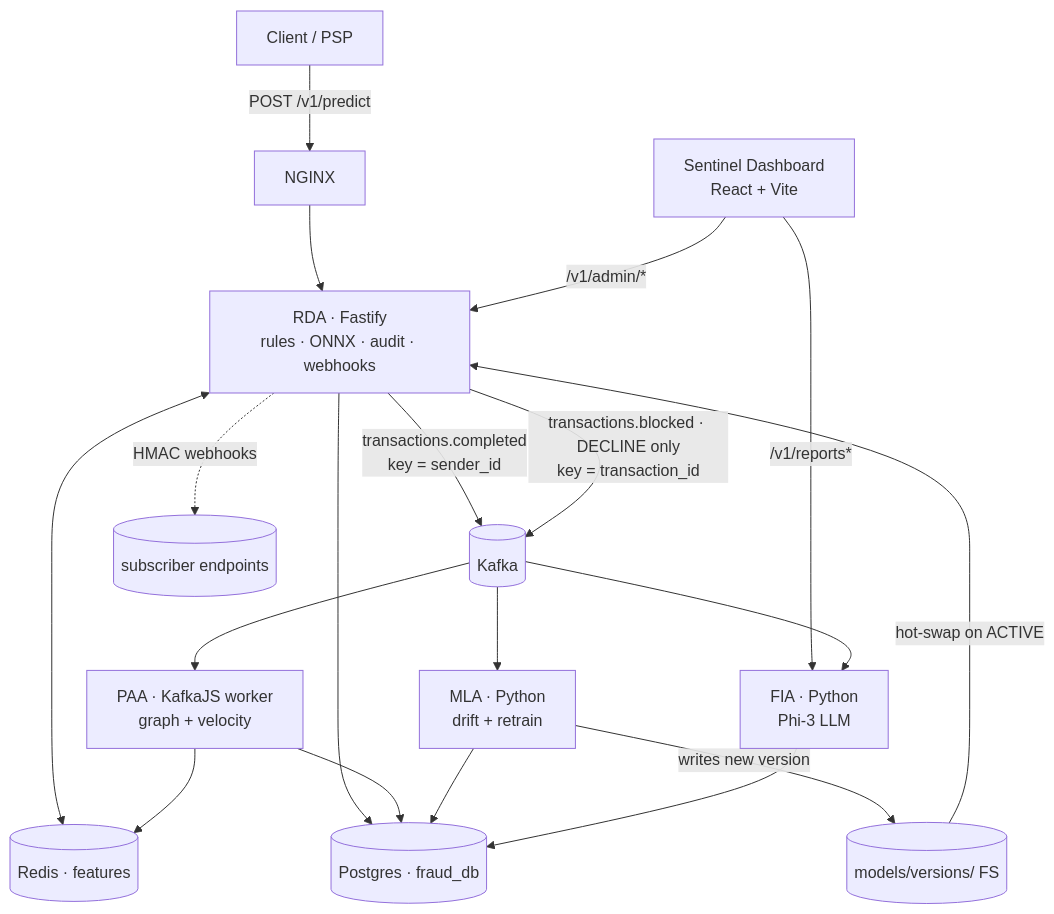
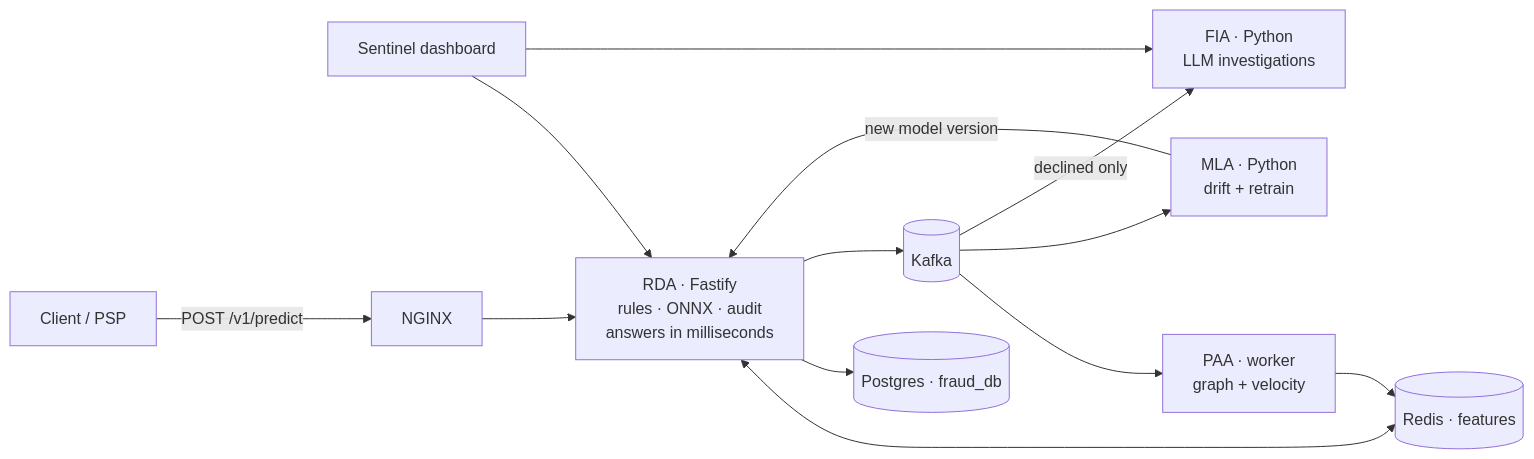
Before and after one commit to ojuri-io/ojuri: the diagram in README.md, drawn with Mermaid. The commit also changed other lines of this file and 2 other files, not shown here.

`````diff
--- a/README.md
+++ b/README.md
@@ -406,30 +46,24 @@
-````mermaid
-flowchart TB
+```mermaid
+flowchart LR
     Client[Client / PSP]
-    UI[Sentinel Dashboard<br/>React + Vite]
+    UI[Sentinel dashboard]
     NGINX[NGINX]
-    RDA[RDA · Fastify<br/>rules · ONNX · audit · webhooks]
-    PAA[PAA · KafkaJS worker<br/>graph + velocity]
+    RDA[RDA · Fastify<br/>rules · ONNX · audit<br/>answers in milliseconds]
+    PAA[PAA · worker<br/>graph + velocity]
     MLA[MLA · Python<br/>drift + retrain]
-    FIA[FIA · Python<br/>Phi-3 LLM]
+    FIA[FIA · Python<br/>LLM investigations]
     Kafka[(Kafka)]
+    Redis[(Redis · features)]
     PG[(Postgres · fraud_db)]
-    Redis[(Redis · features)]
-    Models[(models/versions/ FS)]
 
     Client -->|POST /v1/predict| NGINX --> RDA
-    UI -->|/v1/admin/*| RDA
-    UI -->|/v1/reports*| FIA
-    RDA -->|transactions.completed<br/>key = sender_id| Kafka
-    RDA -->|transactions.blocked · DECLINE only<br/>key = transaction_id| Kafka
+    UI --> RDA
+    UI --> FIA
     RDA <--> Redis
     RDA --> PG
+    RDA --> Kafka
     Kafka --> PAA --> Redis
-    PAA --> PG
     Kafka --> MLA
-    MLA --> PG
-    MLA -->|writes new version| Models
-    Models -->|hot-swap on ACTIVE| RDA
-    Kafka --> FIA --> PG
-    RDA -.HMAC webhooks.-> Subscribers[(subscriber endpoints)]
-````
+    Kafka -->|declined only| FIA
+    MLA -->|new model version| RDA
+```
`````
